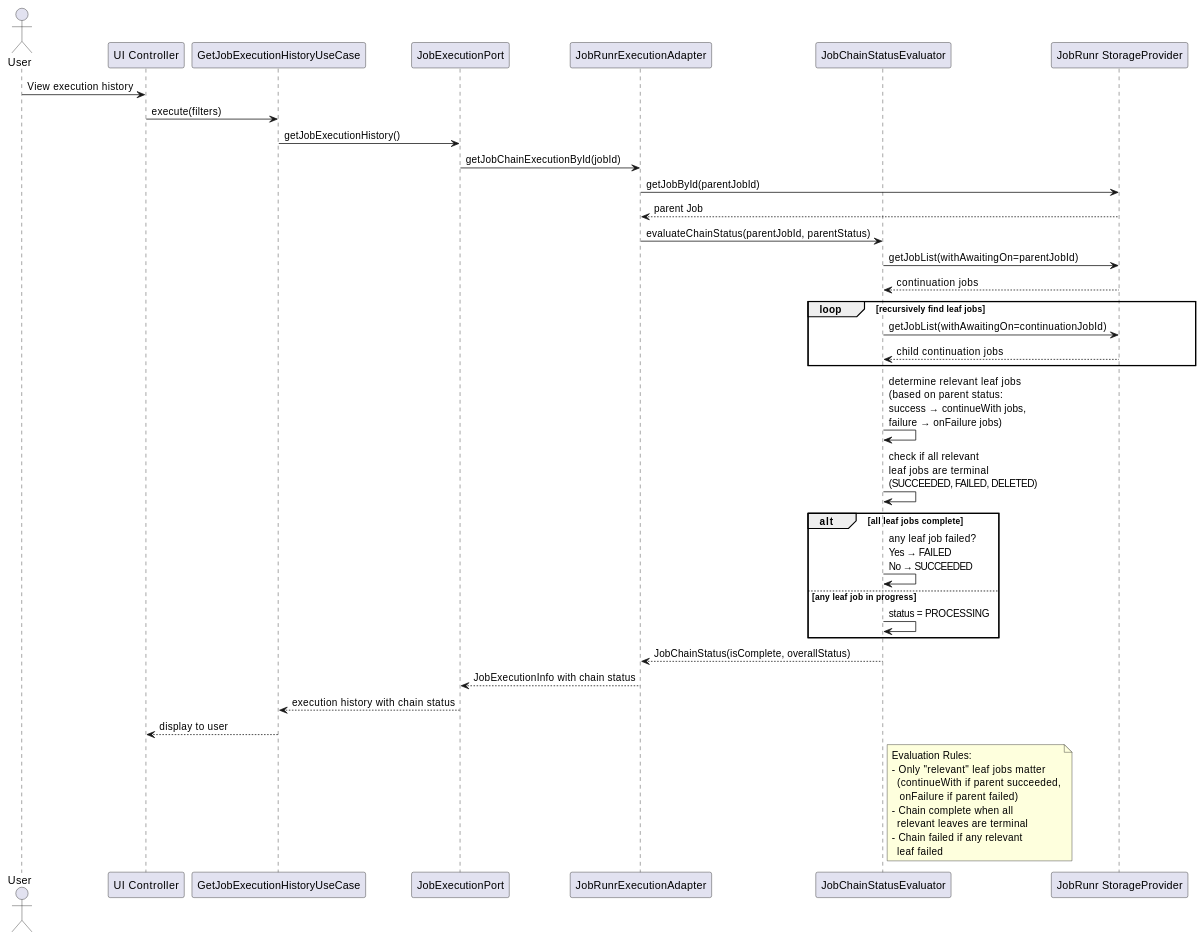
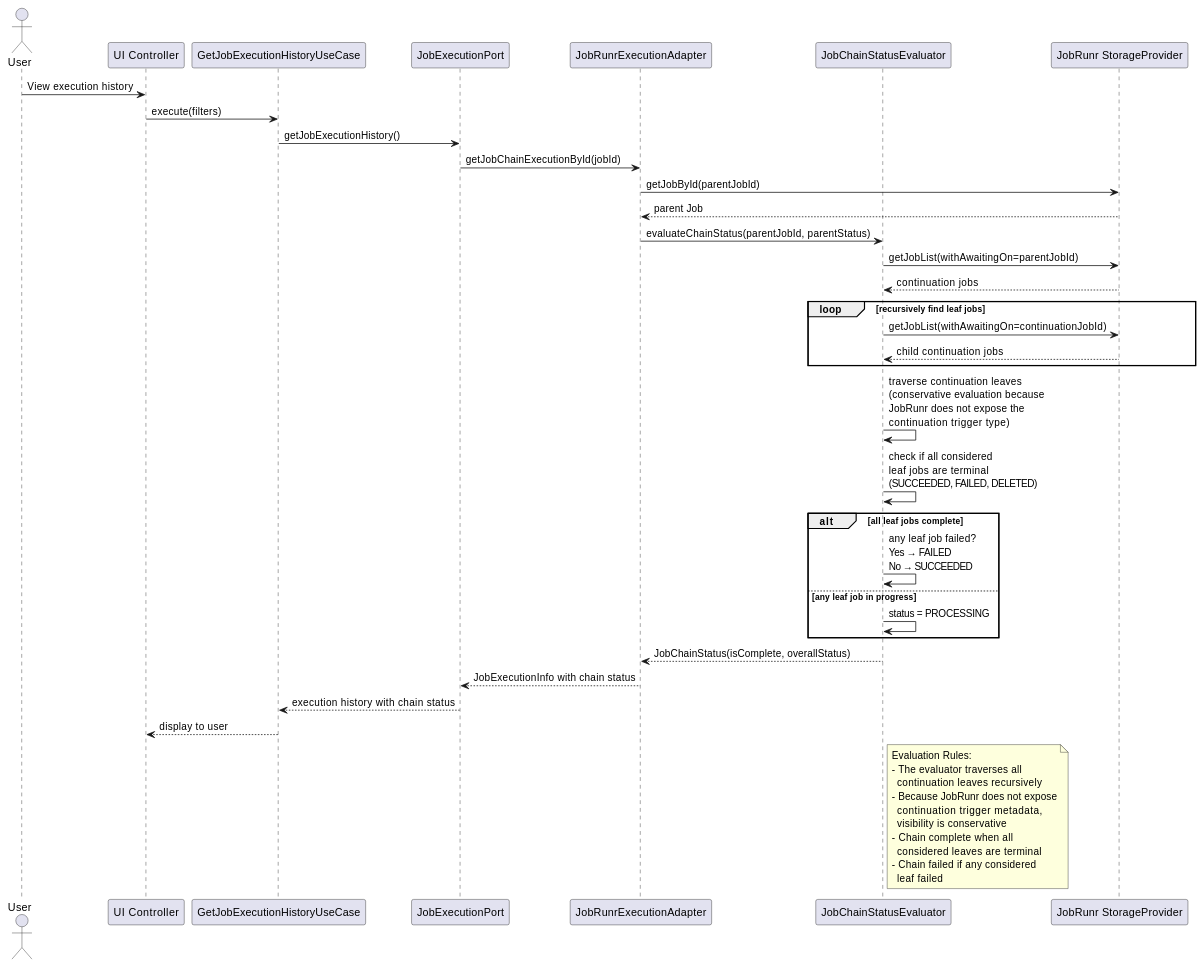
Before and after one commit to css-ch/jobrunr-control: the seventh of 7 diagrams in docs/arc42.adoc, drawn with PlantUML. The commit also changed other lines of this file and 4 other files, not shown here.

```diff
--- a/docs/arc42.adoc
+++ b/docs/arc42.adoc
@@ -793,57 +806,59 @@
 [plantuml,job-chain-status,svg]
 ----
 @startuml
 actor User
 participant "UI Controller" as ui
 participant "GetJobExecutionHistoryUseCase" as usecase
 participant "JobExecutionPort" as port
 participant "JobRunrExecutionAdapter" as adapter
 participant "JobChainStatusEvaluator" as evaluator
 participant "JobRunr StorageProvider" as storage
 
 User -> ui: View execution history
 ui -> usecase: execute(filters)
 usecase -> port: getJobExecutionHistory()
 port -> adapter: getJobChainExecutionById(jobId)
 
 adapter -> storage: getJobById(parentJobId)
 storage --> adapter: parent Job
 
 adapter -> evaluator: evaluateChainStatus(parentJobId, parentStatus)
 
 evaluator -> storage: getJobList(withAwaitingOn=parentJobId)
 storage --> evaluator: continuation jobs
 
 loop recursively find leaf jobs
     evaluator -> storage: getJobList(withAwaitingOn=continuationJobId)
     storage --> evaluator: child continuation jobs
 end
 
-evaluator -> evaluator: determine relevant leaf jobs\n(based on parent status:\nsuccess → continueWith jobs,\nfailure → onFailure jobs)
+evaluator -> evaluator: traverse continuation leaves\n(conservative evaluation because\nJobRunr does not expose the\ncontinuation trigger type)
 
-evaluator -> evaluator: check if all relevant\nleaf jobs are terminal\n(SUCCEEDED, FAILED, DELETED)
+evaluator -> evaluator: check if all considered\nleaf jobs are terminal\n(SUCCEEDED, FAILED, DELETED)
 
 alt all leaf jobs complete
     evaluator -> evaluator: any leaf job failed?\nYes → FAILED\nNo → SUCCEEDED
 else any leaf job in progress
     evaluator -> evaluator: status = PROCESSING
 end
 
 evaluator --> adapter: JobChainStatus(isComplete, overallStatus)
 adapter --> port: JobExecutionInfo with chain status
 port --> usecase: execution history with chain status
 usecase --> ui: display to user
 
 note right of evaluator
   Evaluation Rules:
-  - Only "relevant" leaf jobs matter
-    (continueWith if parent succeeded,
-     onFailure if parent failed)
+  - The evaluator traverses all
+    continuation leaves recursively
+  - Because JobRunr does not expose
+    continuation trigger metadata,
+    visibility is conservative
   - Chain complete when all
-    relevant leaves are terminal
-  - Chain failed if any relevant
+    considered leaves are terminal
+  - Chain failed if any considered
     leaf failed
 end note
 
 @enduml
 ----
```
